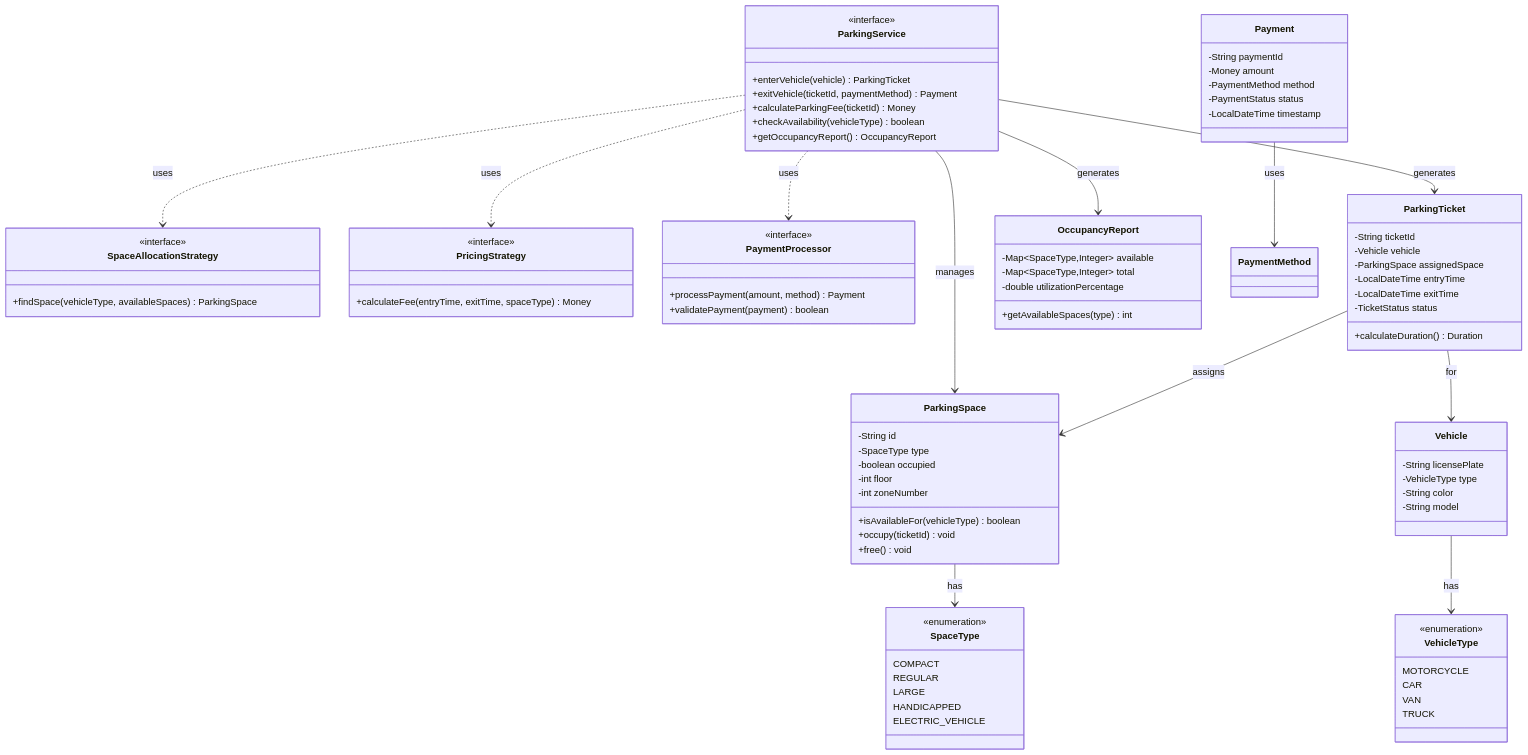
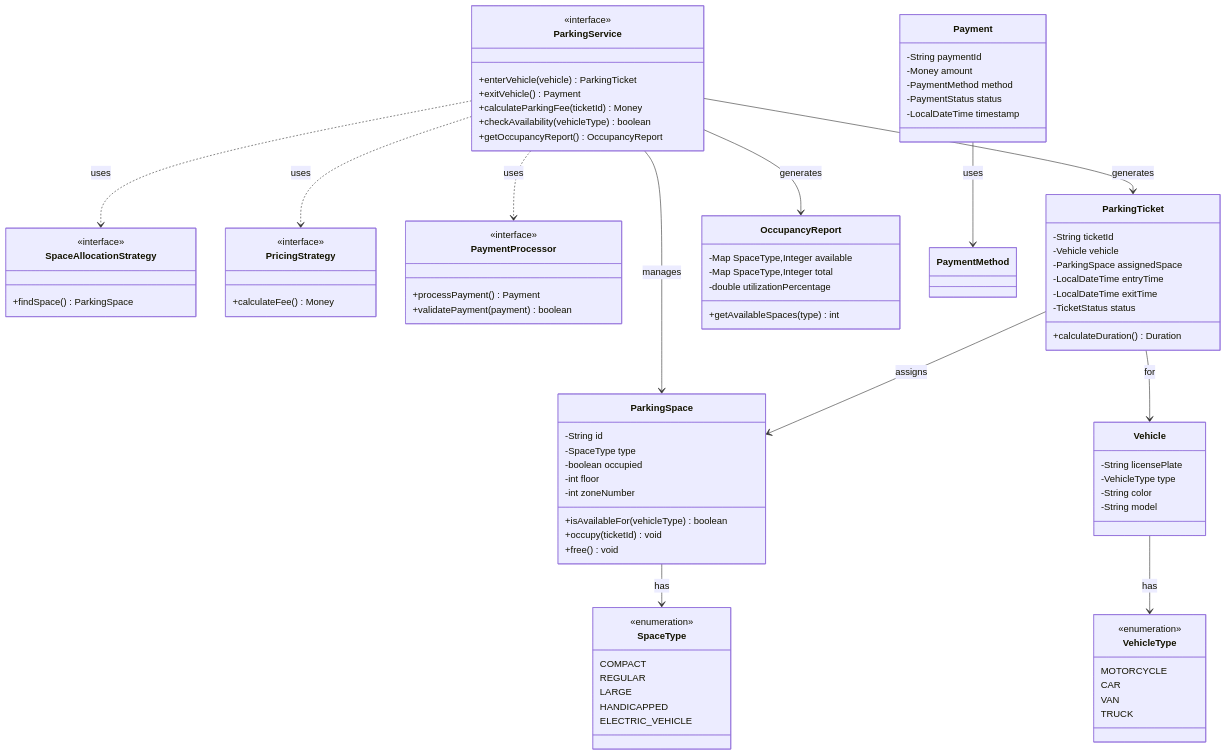
Before and after one commit to dlkr18/lld-playbook: the diagram in docs/problems/parkinglot/README.md, drawn with Mermaid. The commit also changed 29 other files, not shown here.

First line of the commit message:
Fix Mermaid rendering: downgrade to v9, aggressive classDiagram sanitization.

```diff
--- a/docs/problems/parkinglot/README.md
+++ b/docs/problems/parkinglot/README.md
@@ -108,7 +108,7 @@
     class ParkingService {
         <<interface>>
         +enterVehicle(vehicle) ParkingTicket
-        +exitVehicle(ticketId, paymentMethod) Payment
+        +exitVehicle() Payment
         +calculateParkingFee(ticketId) Money
         +checkAvailability(vehicleType) boolean
         +getOccupancyReport() OccupancyReport
@@ -116,17 +116,17 @@
 
     class SpaceAllocationStrategy {
         <<interface>>
-        +findSpace(vehicleType, availableSpaces) ParkingSpace
+        +findSpace() ParkingSpace
     }
 
     class PricingStrategy {
         <<interface>>
-        +calculateFee(entryTime, exitTime, spaceType) Money
+        +calculateFee() Money
     }
 
     class PaymentProcessor {
         <<interface>>
-        +processPayment(amount, method) Payment
+        +processPayment() Payment
         +validatePayment(payment) boolean
     }
 
@@ -184,8 +184,8 @@
     }
 
     class OccupancyReport {
-        -Map~SpaceType,Integer~ available
-        -Map~SpaceType,Integer~ total
+        -Map SpaceType,Integer available
+        -Map SpaceType,Integer total
         -double utilizationPercentage
         +getAvailableSpaces(type) int
     }
```
